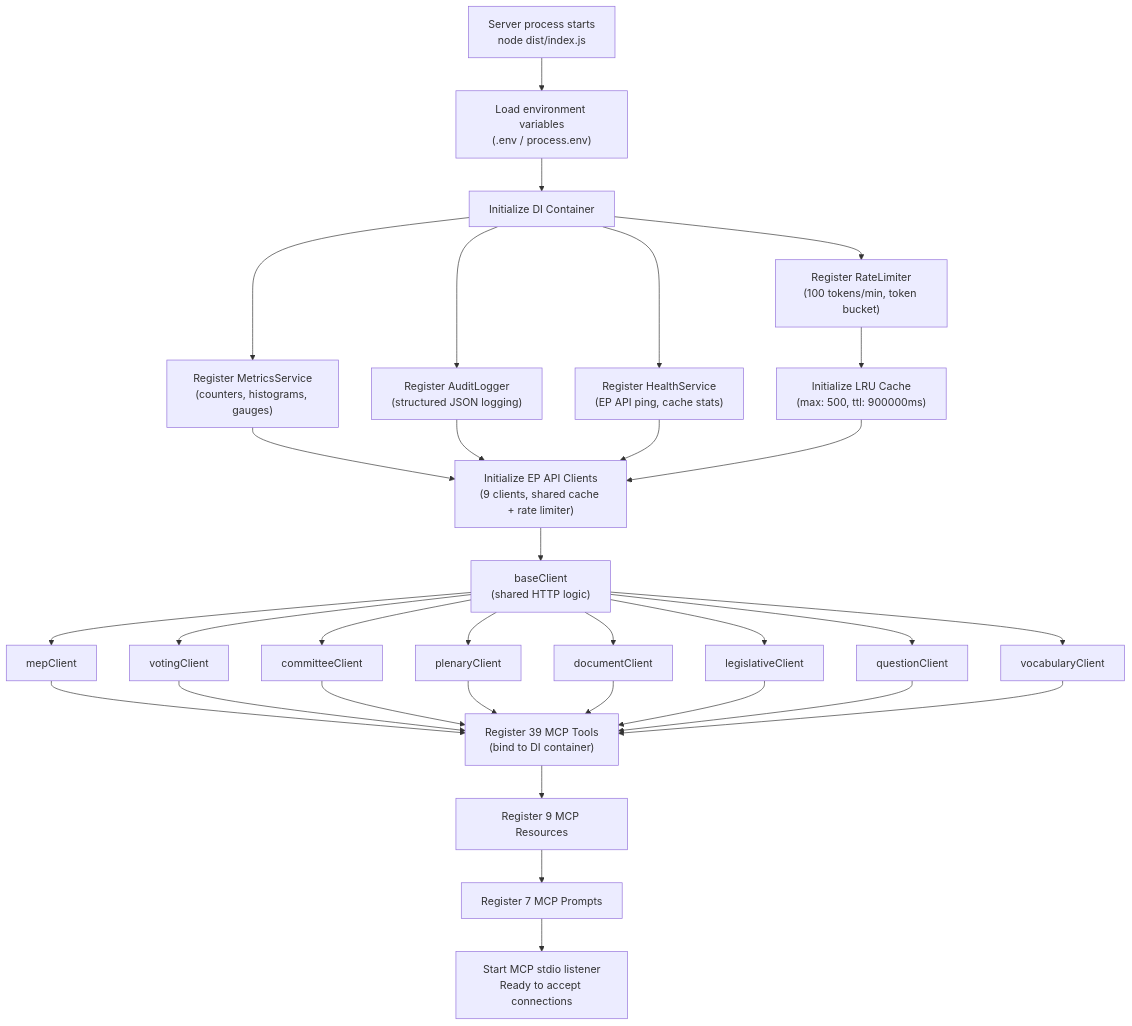
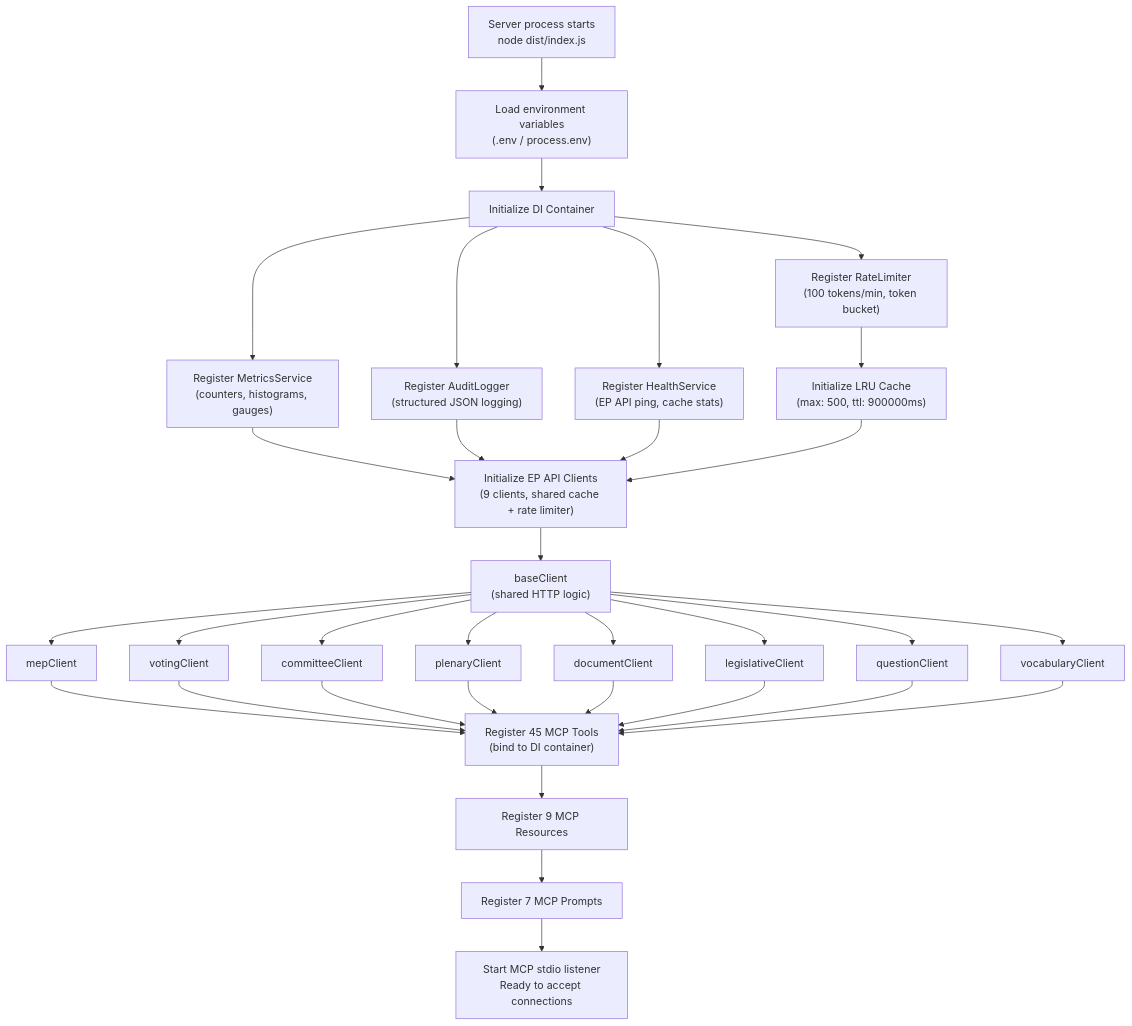
One commit to Hack23/European-Parliament-MCP-Server changed the fourth of 7 diagrams in FLOWCHART.md. Above: the diagram before and after it, drawn with Mermaid. The commit also changed 35 other files, not shown here.

````diff
--- a/FLOWCHART.md
+++ b/FLOWCHART.md
@@ -146,34 +146,34 @@
 ```mermaid
 flowchart TD
     START["Server process starts\nnode dist/index.js"] --> ENV["Load environment variables\n(.env / process.env)"]
     ENV --> DI["Initialize DI Container"]
     DI --> RL_INIT["Register RateLimiter\n(100 tokens/min, token bucket)"]
     DI --> MS_INIT["Register MetricsService\n(counters, histograms, gauges)"]
     DI --> AL_INIT["Register AuditLogger\n(structured JSON logging)"]
     DI --> HS_INIT["Register HealthService\n(EP API ping, cache stats)"]
     RL_INIT --> CACHE_INIT["Initialize LRU Cache\n(max: 500, ttl: 900000ms)"]
     MS_INIT --> CLIENTS["Initialize EP API Clients\n(9 clients, shared cache + rate limiter)"]
     AL_INIT --> CLIENTS
     HS_INIT --> CLIENTS
     CACHE_INIT --> CLIENTS
     CLIENTS --> BC["baseClient\n(shared HTTP logic)"]
     BC --> MC["mepClient"]
     BC --> VC["votingClient"]
     BC --> CC["committeeClient"]
     BC --> PC["plenaryClient"]
     BC --> DC["documentClient"]
     BC --> LC["legislativeClient"]
     BC --> QC["questionClient"]
     BC --> VCC["vocabularyClient"]
-    MC --> TOOLS["Register 39 MCP Tools\n(bind to DI container)"]
+    MC --> TOOLS["Register 45 MCP Tools\n(bind to DI container)"]
     VC --> TOOLS
     CC --> TOOLS
     PC --> TOOLS
     DC --> TOOLS
     LC --> TOOLS
     QC --> TOOLS
     VCC --> TOOLS
     TOOLS --> RES["Register 9 MCP Resources"]
     RES --> PROMPTS["Register 7 MCP Prompts"]
     PROMPTS --> LISTEN["Start MCP stdio listener\nReady to accept connections"]
 ```
````
